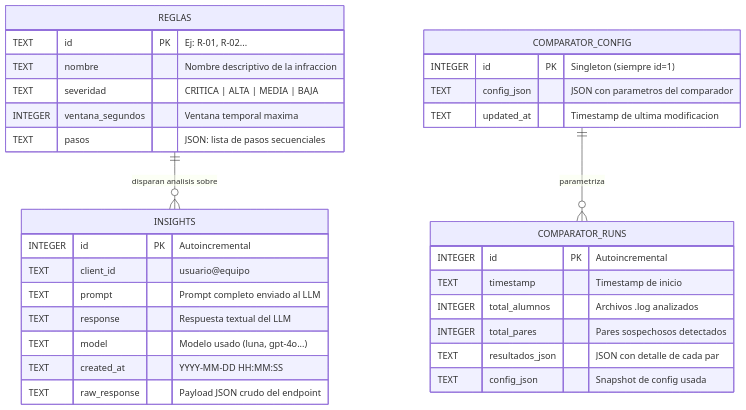
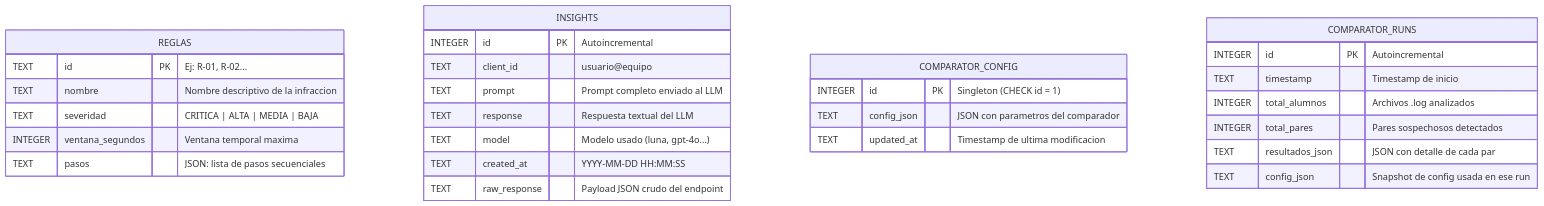
The sixth of 21 diagrams in architerture.md (MartinHargous/Integri-TI), drawn with Mermaid before and after one commit. The commit also changed other lines of this file and 12 other files, not shown here.

````diff
--- a/architerture.md
+++ b/architerture.md
@@ -720,38 +819,35 @@
 ```mermaid
 erDiagram
     REGLAS {
         TEXT id PK "Ej: R-01, R-02..."
         TEXT nombre "Nombre descriptivo de la infraccion"
         TEXT severidad "CRITICA | ALTA | MEDIA | BAJA"
         INTEGER ventana_segundos "Ventana temporal maxima"
         TEXT pasos "JSON: lista de pasos secuenciales"
     }
 
     INSIGHTS {
         INTEGER id PK "Autoincremental"
         TEXT client_id "usuario@equipo"
         TEXT prompt "Prompt completo enviado al LLM"
         TEXT response "Respuesta textual del LLM"
         TEXT model "Modelo usado (luna, gpt-4o...)"
         TEXT created_at "YYYY-MM-DD HH:MM:SS"
         TEXT raw_response "Payload JSON crudo del endpoint"
     }
 
     COMPARATOR_CONFIG {
-        INTEGER id PK "Singleton (siempre id=1)"
+        INTEGER id PK "Singleton (CHECK id = 1)"
         TEXT config_json "JSON con parametros del comparador"
         TEXT updated_at "Timestamp de ultima modificacion"
     }
 
     COMPARATOR_RUNS {
         INTEGER id PK "Autoincremental"
         TEXT timestamp "Timestamp de inicio"
         INTEGER total_alumnos "Archivos .log analizados"
         INTEGER total_pares "Pares sospechosos detectados"
         TEXT resultados_json "JSON con detalle de cada par"
-        TEXT config_json "Snapshot de config usada"
+        TEXT config_json "Snapshot de config usada en ese run"
     }
-
-    REGLAS ||--o{ INSIGHTS : "disparan analisis sobre"
-    COMPARATOR_CONFIG ||--o{ COMPARATOR_RUNS : "parametriza"
 ```
````
